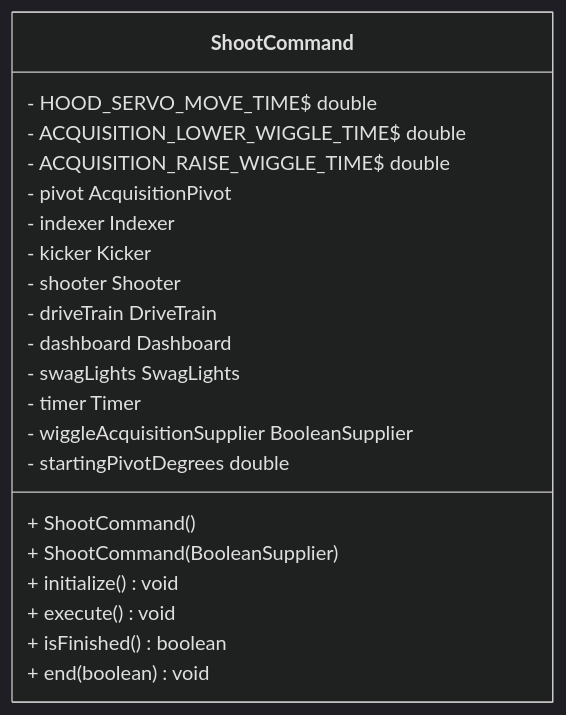
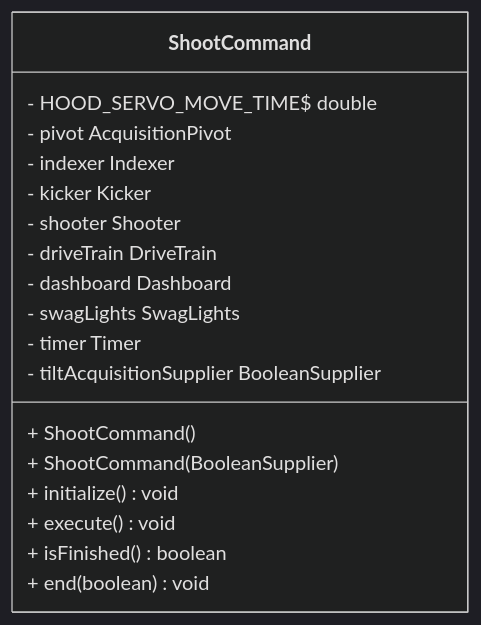
Before and after one commit to LakotaRobotics1038/2026RobotProject: the diagram in src/uml/frc/robot/commands/ShootCommand.mmd, drawn with Mermaid (dark theme). The commit also changed 7 other files, not shown here.

```diff
--- a/src/uml/frc/robot/commands/ShootCommand.mmd
+++ b/src/uml/frc/robot/commands/ShootCommand.mmd
@@ -1,24 +1,21 @@
 classDiagram
   direction LR
 
   class ShootCommand {
     - HOOD_SERVO_MOVE_TIME$ double
-    - ACQUISITION_LOWER_WIGGLE_TIME$ double
-    - ACQUISITION_RAISE_WIGGLE_TIME$ double
     - pivot AcquisitionPivot
     - indexer Indexer
     - kicker Kicker
     - shooter Shooter
     - driveTrain DriveTrain
     - dashboard Dashboard
     - swagLights SwagLights
     - timer Timer
-    - wiggleAcquisitionSupplier BooleanSupplier
-    - startingPivotDegrees double
+    - tiltAcquisitionSupplier BooleanSupplier
     + ShootCommand()
     + ShootCommand(BooleanSupplier)
     + initialize() void
     + execute() void
     + isFinished() boolean
     + end(boolean) void
   }
```
